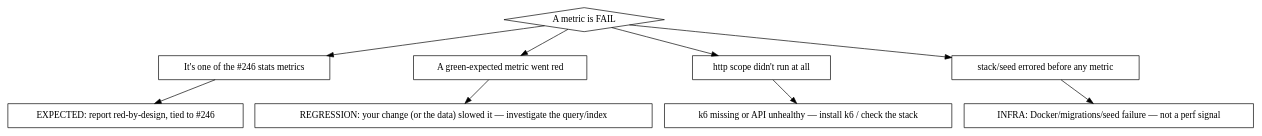
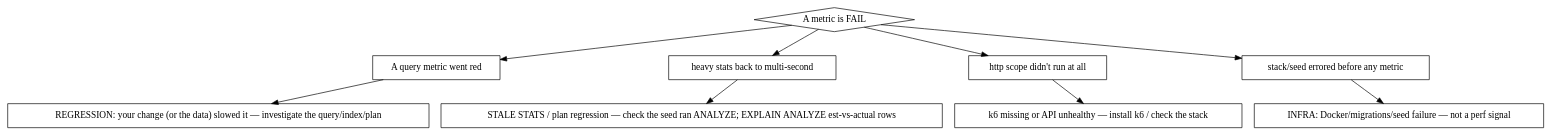
One commit to Proxytrace/Proxytrace changed the second of 2 diagrams in .claude/skills/run-perf-tests/SKILL.md. Above: the diagram before and after it, drawn with Graphviz. The commit also changed other lines of this file, not shown here.

First line of the commit message:
docs(perf-skill): drop stale "#246 intentionally red" framing — suite is green

````diff
--- a/.claude/skills/run-perf-tests/SKILL.md
+++ b/.claude/skills/run-perf-tests/SKILL.md
@@ -164,19 +178,19 @@
 ```dot
 digraph triage {
   "A metric is FAIL" [shape=diamond];
-  "It's one of the #246 stats metrics" [shape=box];
-  "A green-expected metric went red" [shape=box];
+  "A query metric went red" [shape=box];
+  "heavy stats back to multi-second" [shape=box];
   "http scope didn't run at all" [shape=box];
   "stack/seed errored before any metric" [shape=box];
 
-  "EXPECTED: report red-by-design, tied to #246" [shape=box];
-  "REGRESSION: your change (or the data) slowed it — investigate the query/index" [shape=box];
+  "REGRESSION: your change (or the data) slowed it — investigate the query/index/plan" [shape=box];
+  "STALE STATS / plan regression — check the seed ran ANALYZE; EXPLAIN ANALYZE est-vs-actual rows" [shape=box];
   "k6 missing or API unhealthy — install k6 / check the stack" [shape=box];
   "INFRA: Docker/migrations/seed failure — not a perf signal" [shape=box];
 
-  "A metric is FAIL" -> "It's one of the #246 stats metrics" -> "EXPECTED: report red-by-design, tied to #246";
-  "A metric is FAIL" -> "A green-expected metric went red" -> "REGRESSION: your change (or the data) slowed it — investigate the query/index";
+  "A metric is FAIL" -> "A query metric went red" -> "REGRESSION: your change (or the data) slowed it — investigate the query/index/plan";
+  "A metric is FAIL" -> "heavy stats back to multi-second" -> "STALE STATS / plan regression — check the seed ran ANALYZE; EXPLAIN ANALYZE est-vs-actual rows";
   "A metric is FAIL" -> "http scope didn't run at all" -> "k6 missing or API unhealthy — install k6 / check the stack";
   "A metric is FAIL" -> "stack/seed errored before any metric" -> "INFRA: Docker/migrations/seed failure — not a perf signal";
 }
 ```
````
